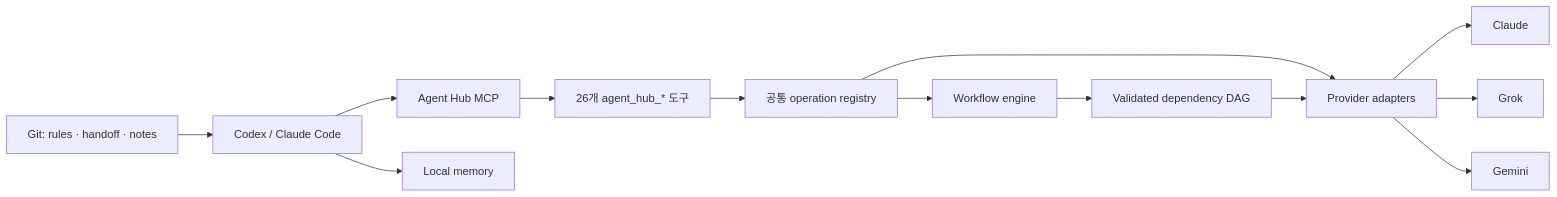
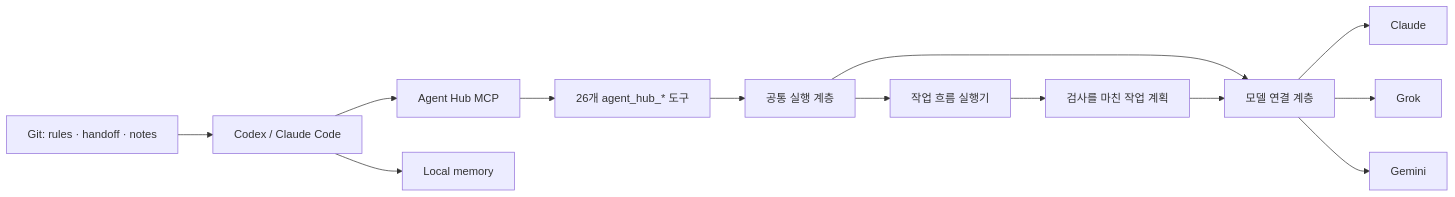
One commit to Meapri/agent-hub changed the diagram in README.md. Above: the diagram before and after it, drawn with Mermaid. The commit also changed other lines of this file and 6 other files, not shown here.

````diff
--- a/README.md
+++ b/README.md
@@ -24,15 +22,15 @@
 ```mermaid
 flowchart LR
     C["Codex / Claude Code"] --> H["Agent Hub MCP"]
     H --> A["26개 agent_hub_* 도구"]
-    A --> O["공통 operation registry"]
-    O --> P["Provider adapters"]
+    A --> O["공통 실행 계층"]
+    O --> P["모델 연결 계층"]
     P --> CL["Claude"]
     P --> GR["Grok"]
     P --> GE["Gemini"]
-    O --> W["Workflow engine"]
-    W --> D["Validated dependency DAG"]
+    O --> W["작업 흐름 실행기"]
+    W --> D["검사를 마친 작업 계획"]
     D --> P
     C --> M["Local memory"]
     R["Git: rules · handoff · notes"] --> C
 ```
````
